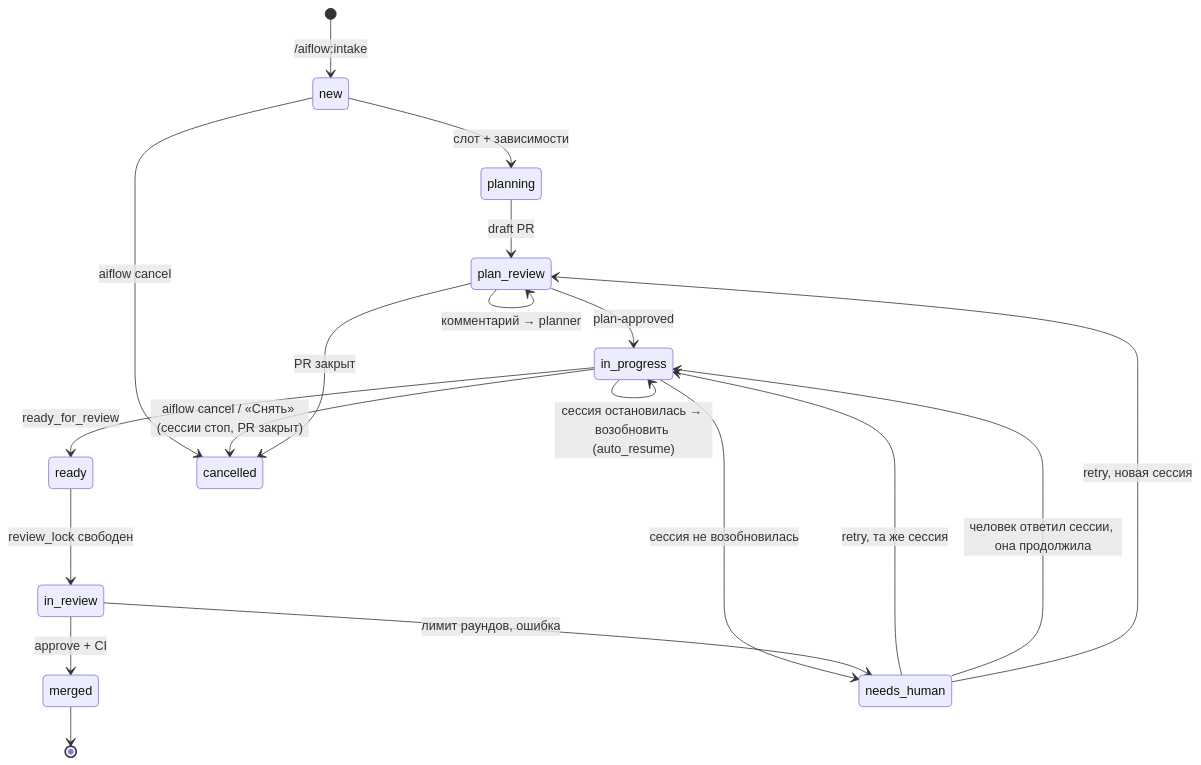
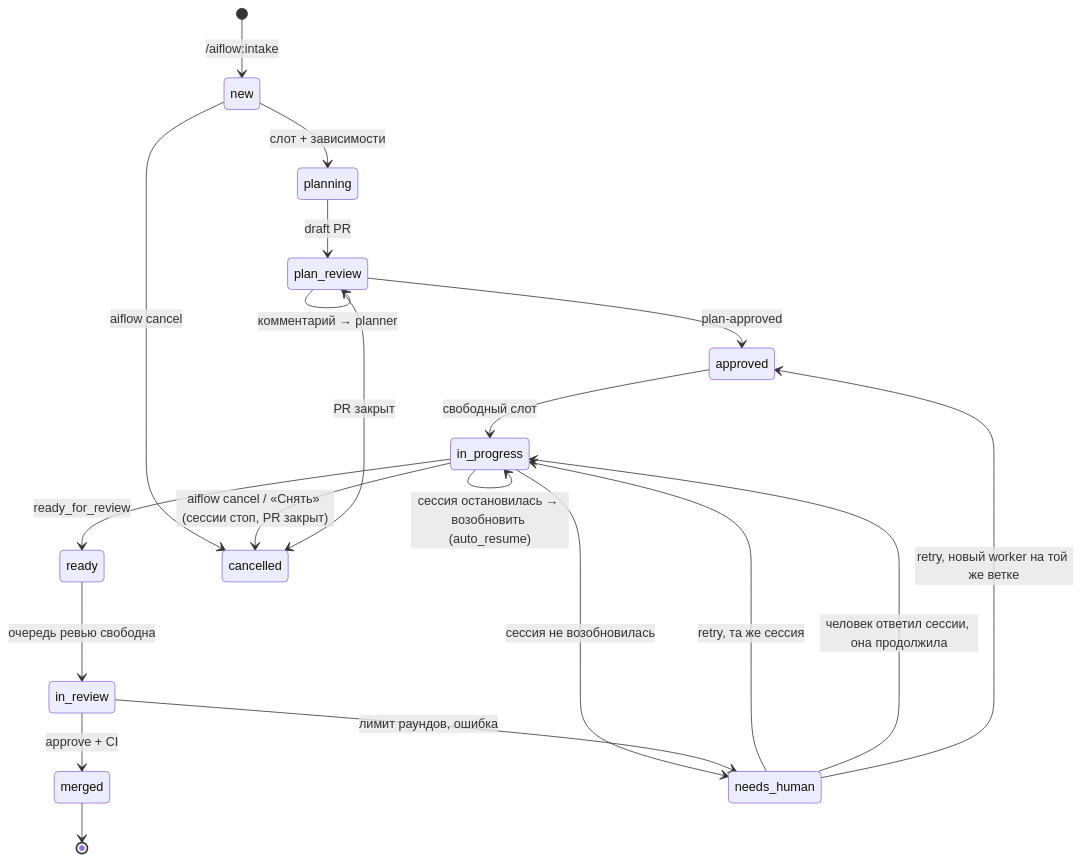
One commit to xcfa/claude-plugins changed the second of 2 diagrams in docs/aiflow-workflow.md. Above: the diagram before and after it, drawn with Mermaid. The commit also changed other lines of this file and 11 other files, not shown here.

````diff
--- a/docs/aiflow-workflow.md
+++ b/docs/aiflow-workflow.md
@@ -53,21 +53,22 @@
 ```mermaid
 stateDiagram-v2
     [*] --> new: /aiflow:intake
     new --> planning: слот + зависимости
     planning --> plan_review: draft PR
     plan_review --> plan_review: комментарий → planner
-    plan_review --> in_progress: plan-approved
+    plan_review --> approved: plan-approved
+    approved --> in_progress: свободный слот
     in_progress --> ready: ready_for_review
-    ready --> in_review: review_lock свободен
+    ready --> in_review: очередь ревью свободна
     in_review --> merged: approve + CI
     in_progress --> in_progress: сессия остановилась → возобновить (auto_resume)
     in_progress --> needs_human: сессия не возобновилась
     in_review --> needs_human: лимит раундов, ошибка
     needs_human --> in_progress: retry, та же сессия
     needs_human --> in_progress: человек ответил сессии, она продолжила
-    needs_human --> plan_review: retry, новая сессия
+    needs_human --> approved: retry, новый worker на той же ветке
     new --> cancelled: aiflow cancel
     in_progress --> cancelled: aiflow cancel / «Снять» (сессии стоп, PR закрыт)
     plan_review --> cancelled: PR закрыт
     merged --> [*]
 ```
````
